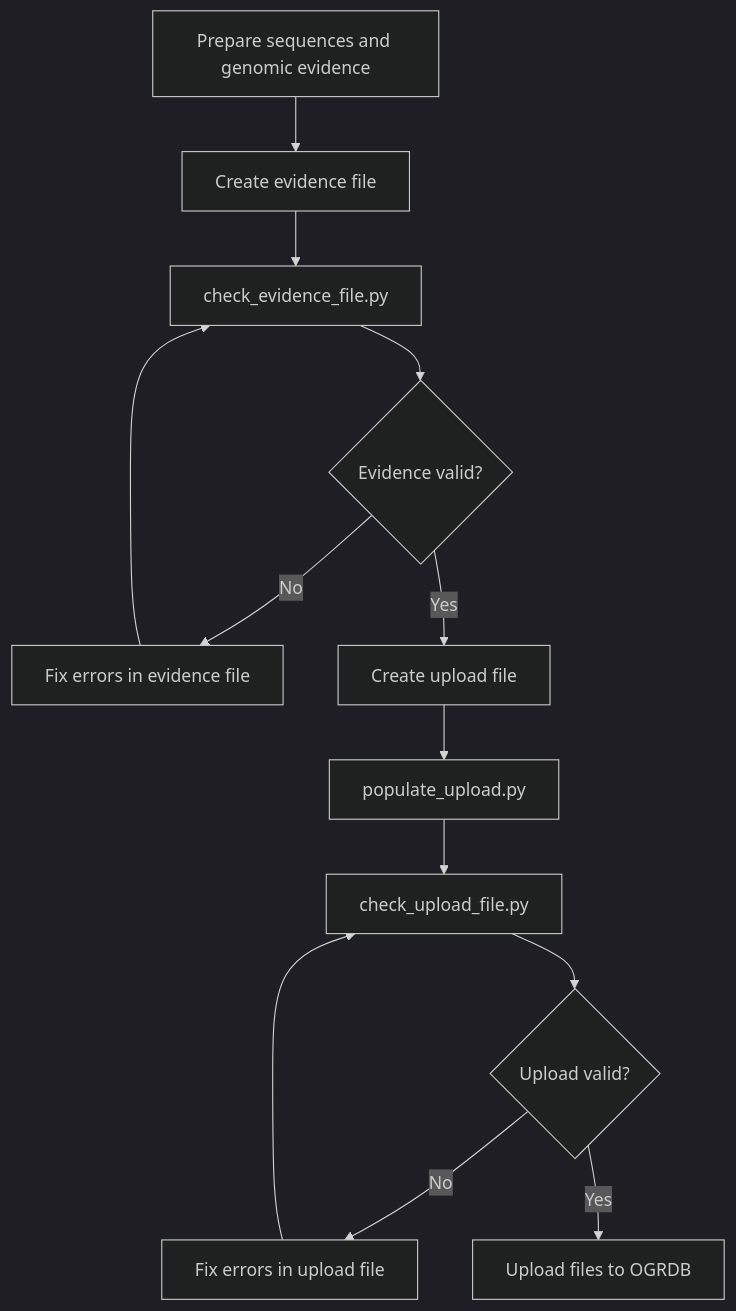
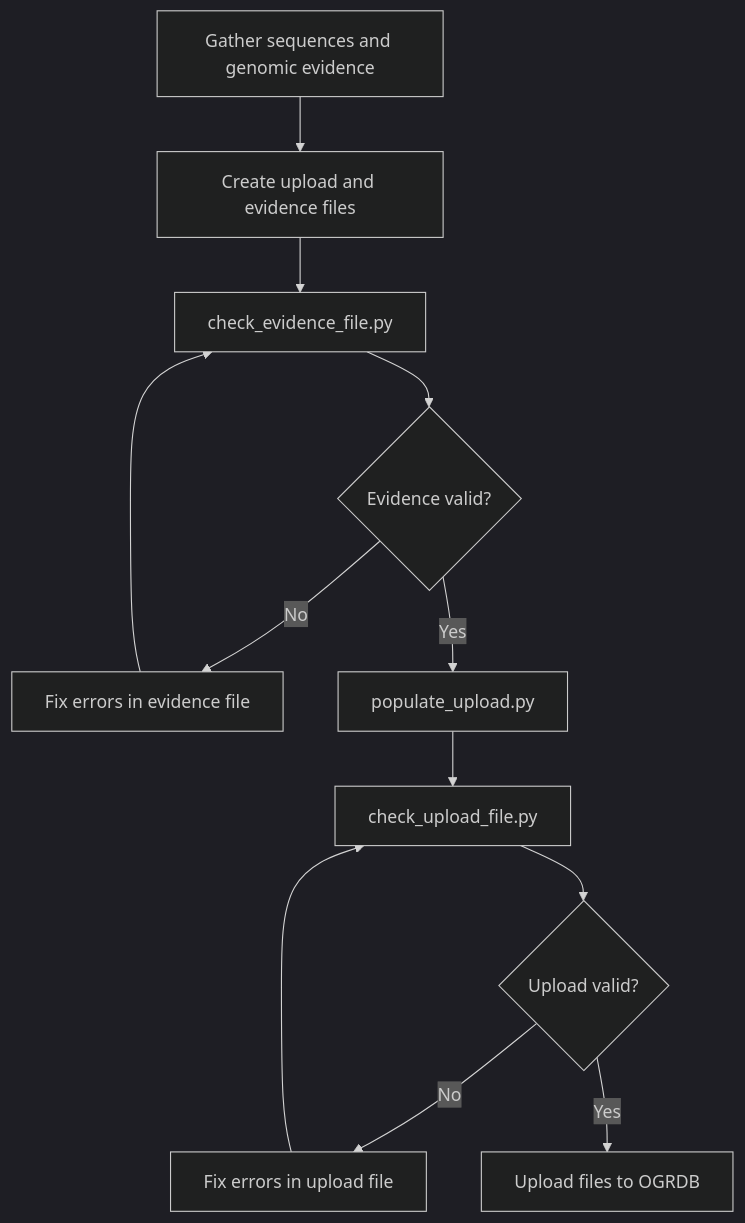
Before and after one commit to airr-community/ogrdb_contrib: the diagram in README.md, drawn with Mermaid (dark theme).

Commit message:
Minor fixes

````diff
--- a/README.md
+++ b/README.md
@@ -33,15 +33,14 @@
 ```mermaid
 graph TD
-    A[Prepare sequences and genomic evidence] --> B[Create evidence file]
+    A[Gather sequences and genomic evidence] --> B[Create upload and evidence files]
     B --> C[check_evidence_file.py]
     C --> D{Evidence valid?}
     D -->|No| E[Fix errors in evidence file]
     E --> C
-    D -->|Yes| F[Create upload file]
-    F --> G[populate_upload.py]
+    D -->|Yes| G[populate_upload.py]
     G --> H[check_upload_file.py]
     H --> I{Upload valid?}
     I -->|No| J[Fix errors in upload file]
     J --> H
     I -->|Yes| K[Upload files to OGRDB]
 ```
````
